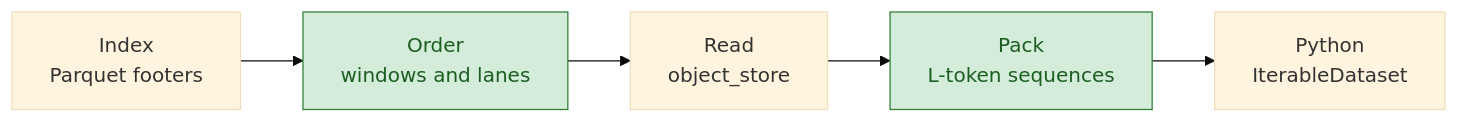
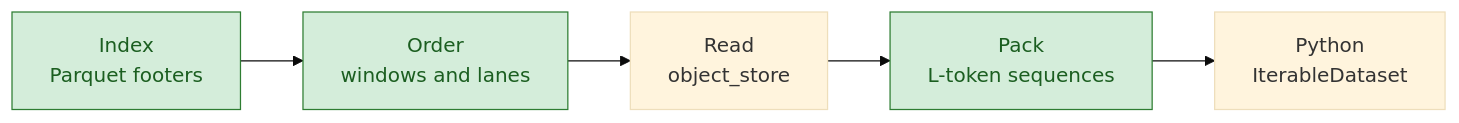
Before and after one commit to gouthamk16/plitzer: the diagram in docs/design.md, drawn with Mermaid (base theme). The commit also changed other lines of this file and 9 other files, not shown here.

````diff
--- a/docs/design.md
+++ b/docs/design.md
@@ -92,9 +97,9 @@
 ```mermaid
 flowchart LR
     index["Index<br/>Parquet footers"] --> order["Order<br/>windows and lanes"]
     order --> read["Read<br/>object_store"]
     read --> pack["Pack<br/>L-token sequences"]
     pack --> python["Python<br/>IterableDataset"]
     classDef done fill:#d4edda,stroke:#2e7d32,color:#1b5e20
-    class order,pack done
+    class index,order,pack done
 ```
````
